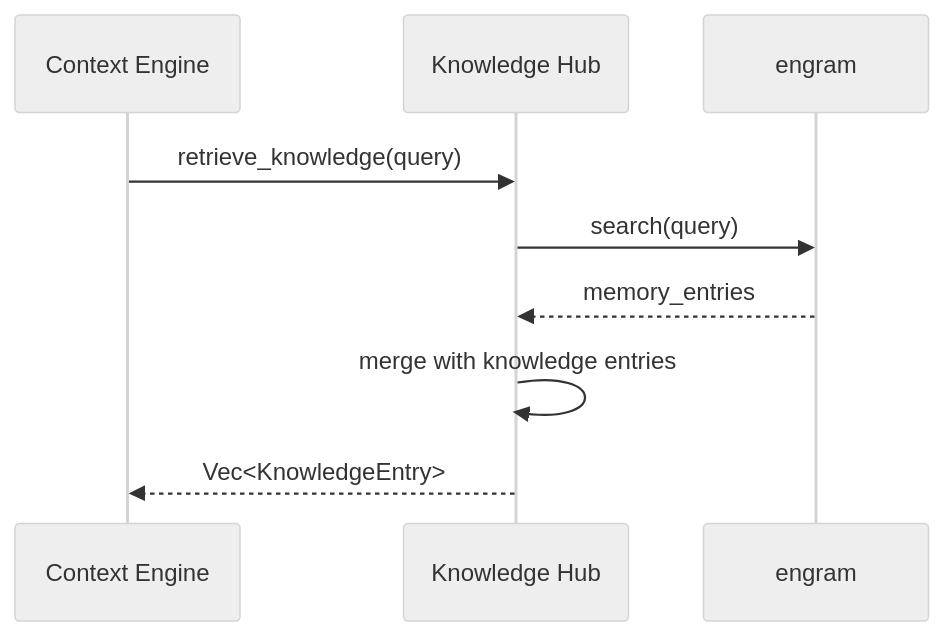
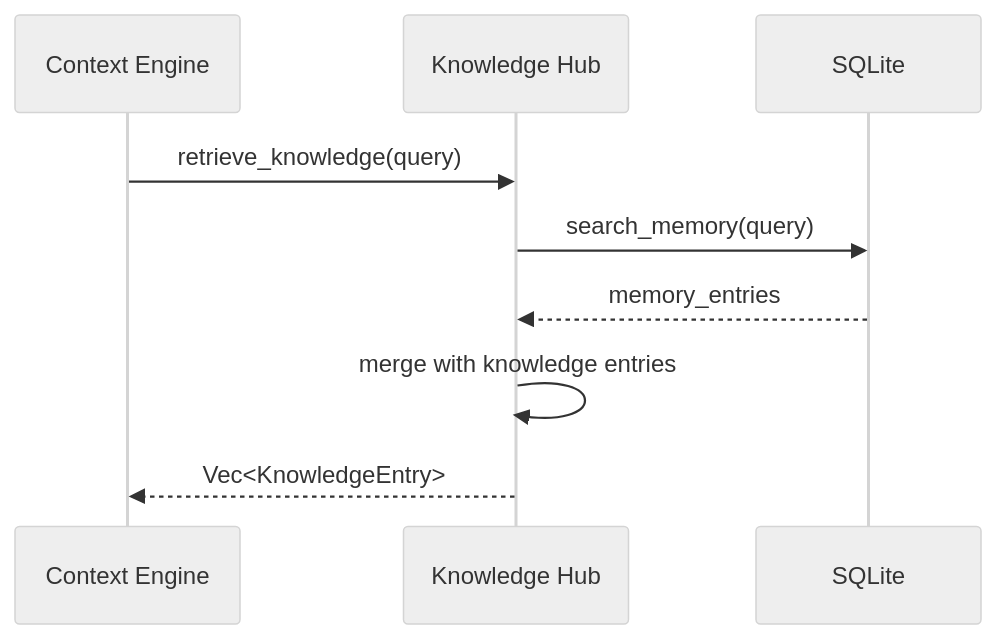
Before and after one commit to leonortega/coderun: the eighth of 11 diagrams in docs/01-architecture/DATA_FLOW.md, drawn with Mermaid (neutral theme). The commit also changed other lines of this file and 44 other files, not shown here.

First line of the commit message:
feat(v1): minimal stack Tree-sitter+Tantivy+SQLite+Git, remove MkDocs/Knowledge Hub/LiteLLM, make skills opt-in, cache Tantivy reader, gate graph for large repos

````diff
--- a/docs/01-architecture/DATA_FLOW.md
+++ b/docs/01-architecture/DATA_FLOW.md
@@ -416,12 +415,12 @@
 ```mermaid
 sequenceDiagram
     participant CE as Context Engine
     participant KH as Knowledge Hub
-    participant ENG as engram
+    participant DB as SQLite
 
     CE->>KH: retrieve_knowledge(query)
-    KH->>ENG: search(query)
-    ENG-->>KH: memory_entries
+    KH->>DB: search_memory(query)
+    DB-->>KH: memory_entries
     KH->>KH: merge with knowledge entries
     KH-->>CE: Vec<KnowledgeEntry>
 ```
````
